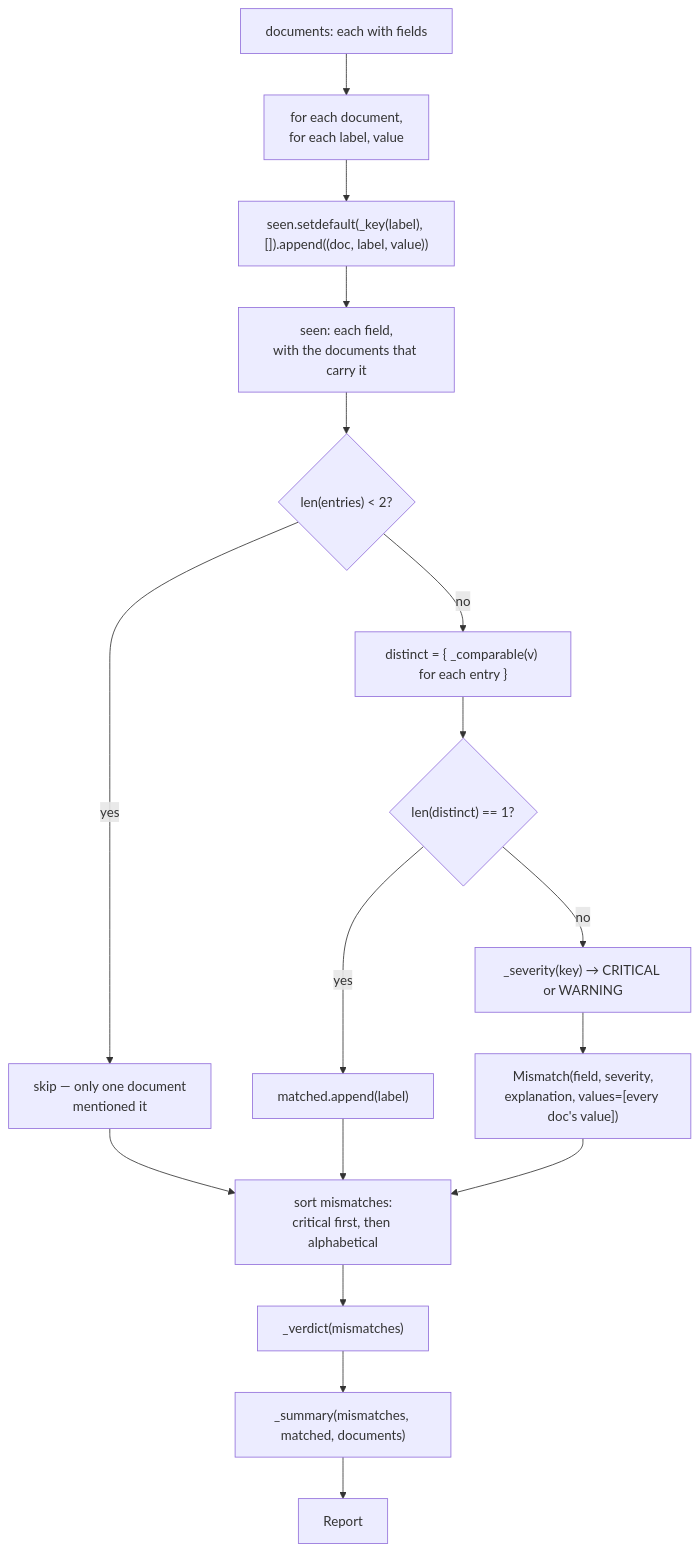
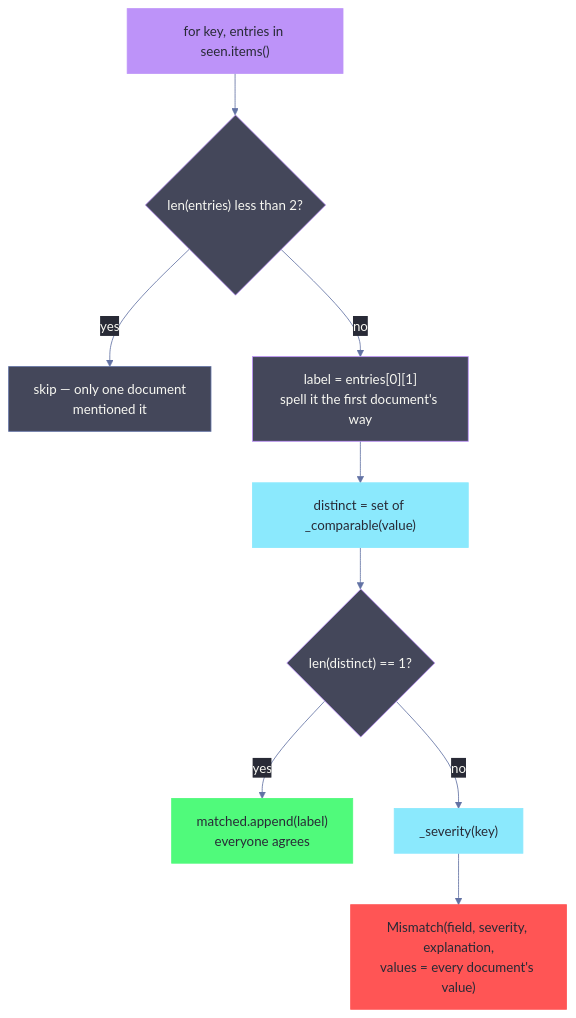
Before and after one commit to selvakumarperumal/tfd_prototype: diagram 15 of 39 in API_FLOW.md, drawn with Mermaid. The commit also changed other lines of this file, not shown here.

Commit message:
Update API flow documentation

````diff
--- a/API_FLOW.md
+++ b/API_FLOW.md
@@ -411,21 +565,24 @@
 ```mermaid
+%%{init:{'theme':'base','themeVariables':{'darkMode':true,'background':'#282a36','mainBkg':'#44475a','primaryColor':'#44475a','primaryTextColor':'#f8f8f2','primaryBorderColor':'#bd93f9','lineColor':'#6272a4','textColor':'#f8f8f2','nodeBorder':'#bd93f9','clusterBkg':'#21222c','clusterBorder':'#6272a4','edgeLabelBackground':'#282a36','actorBkg':'#44475a','actorBorder':'#bd93f9','actorTextColor':'#f8f8f2','actorLineColor':'#6272a4','signalColor':'#f8f8f2','signalTextColor':'#f8f8f2','noteBkgColor':'#414458','noteBorderColor':'#ffb86c','noteTextColor':'#f8f8f2','activationBkgColor':'#6272a4','activationBorderColor':'#bd93f9','labelBoxBkgColor':'#44475a','labelBoxBorderColor':'#bd93f9','labelTextColor':'#f8f8f2','loopTextColor':'#f8f8f2','sequenceNumberColor':'#282a36'}}}%%
 flowchart TD
-    A["documents: each with fields"] --> B["for each document,<br/>for each label, value"]
-    B --> C["seen.setdefault(_key(label), []).append((doc, label, value))"]
-    C --> D["seen: each field,<br/>with the documents that carry it"]
+    A["for key, entries in seen.items()"] --> B{"len(entries) less than 2?"}
+    B -->|yes| C["skip — only one document<br/>mentioned it"]
+    B -->|no| D["label = entries[0][1]<br/>spell it the first document's way"]
+    D --> E["distinct = set of _comparable(value)"]
+    E --> F{"len(distinct) == 1?"}
+    F -->|yes| G["matched.append(label)<br/>everyone agrees"]
+    F -->|no| H["_severity(key)"]
+    H --> I["Mismatch(field, severity, explanation,<br/>values = every document's value)"]
 
-    D --> E{"len(entries) &lt; 2?"}
-    E -->|yes| F["skip — only one document<br/>mentioned it"]
-    E -->|no| G["distinct = { _comparable(v) for each entry }"]
-    G --> H{"len(distinct) == 1?"}
-    H -->|yes| I["matched.append(label)"]
-    H -->|no| J["_severity(key) → CRITICAL or WARNING"]
-    J --> K["Mismatch(field, severity,<br/>explanation, values=[every doc's value])"]
+    class A entry
+    class C idle
+    class E,H fn
+    class G ok
+    class I bad
 
-    F --> L["sort mismatches:<br/>critical first, then alphabetical"]
-    I --> L
-    K --> L
-    L --> M["_verdict(mismatches)"]
-    M --> N["_summary(mismatches, matched, documents)"]
-    N --> O["Report"]
+    classDef entry fill:#bd93f9,stroke:#bd93f9,color:#282a36
+    classDef idle fill:#44475a,stroke:#6272a4,color:#f8f8f2
+    classDef fn fill:#8be9fd,stroke:#8be9fd,color:#282a36
+    classDef ok fill:#50fa7b,stroke:#50fa7b,color:#282a36
+    classDef bad fill:#ff5555,stroke:#ff5555,color:#282a36
 ```
````
